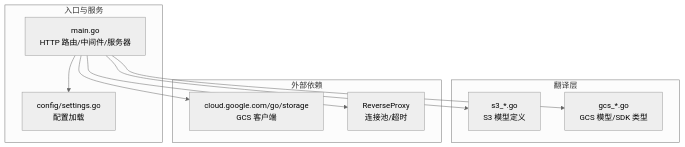
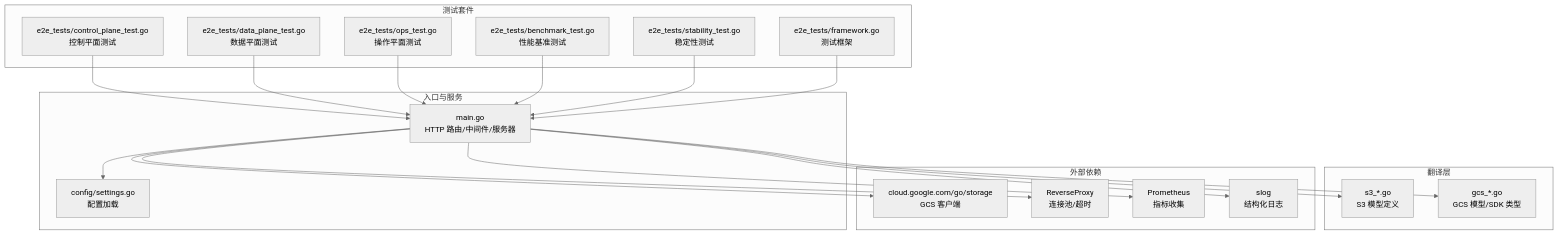
Before and after one commit to flying1574/S3Proxy4GCS: the second of 8 diagrams in .qoder/repowiki/zh/content/核心功能/核心功能.md, drawn with Mermaid (neutral theme). The commit also changed other lines of this file and 10 other files, not shown here.

````diff
--- a/.qoder/repowiki/zh/content/核心功能/核心功能.md
+++ b/.qoder/repowiki/zh/content/核心功能/核心功能.md
@@ -48,20 +131,38 @@
 ```mermaid
 graph TB
 subgraph "入口与服务"
 M["main.go<br/>HTTP 路由/中间件/服务器"]
 C["config/settings.go<br/>配置加载"]
 end
 subgraph "翻译层"
 T1["s3_*.go<br/>S3 模型定义"]
 T2["gcs_*.go<br/>GCS 模型/SDK 类型"]
 end
+subgraph "测试套件"
+E1["e2e_tests/control_plane_test.go<br/>控制平面测试"]
+E2["e2e_tests/data_plane_test.go<br/>数据平面测试"]
+E3["e2e_tests/ops_test.go<br/>操作平面测试"]
+E4["e2e_tests/benchmark_test.go<br/>性能基准测试"]
+E5["e2e_tests/stability_test.go<br/>稳定性测试"]
+E6["e2e_tests/framework.go<br/>测试框架"]
+end
 subgraph "外部依赖"
 G["cloud.google.com/go/storage<br/>GCS 客户端"]
 R["ReverseProxy<br/>连接池/超时"]
+P["Prometheus<br/>指标收集"]
+S["slog<br/>结构化日志"]
 end
 M --> C
 M --> R
 M --> T1
 M --> T2
 M --> G
+M --> P
+M --> S
+E1 --> M
+E2 --> M
+E3 --> M
+E4 --> M
+E5 --> M
+E6 --> M
 ```
````
